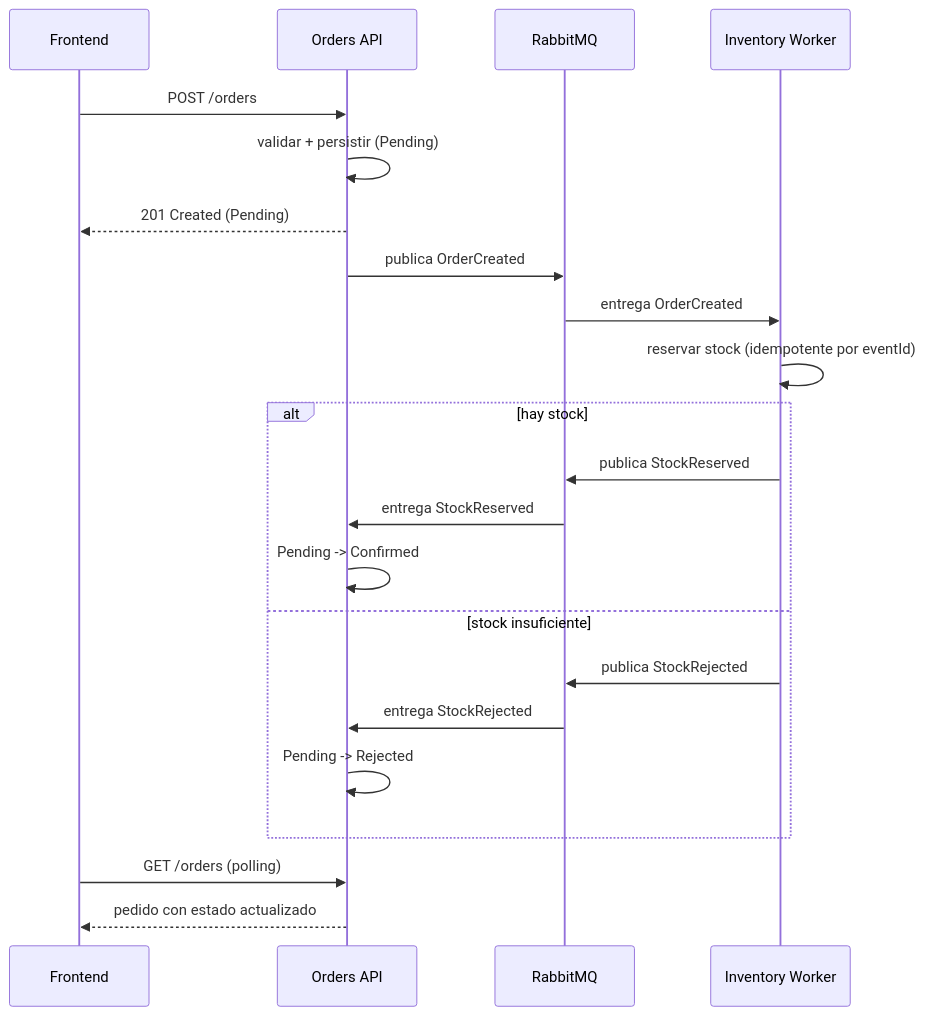
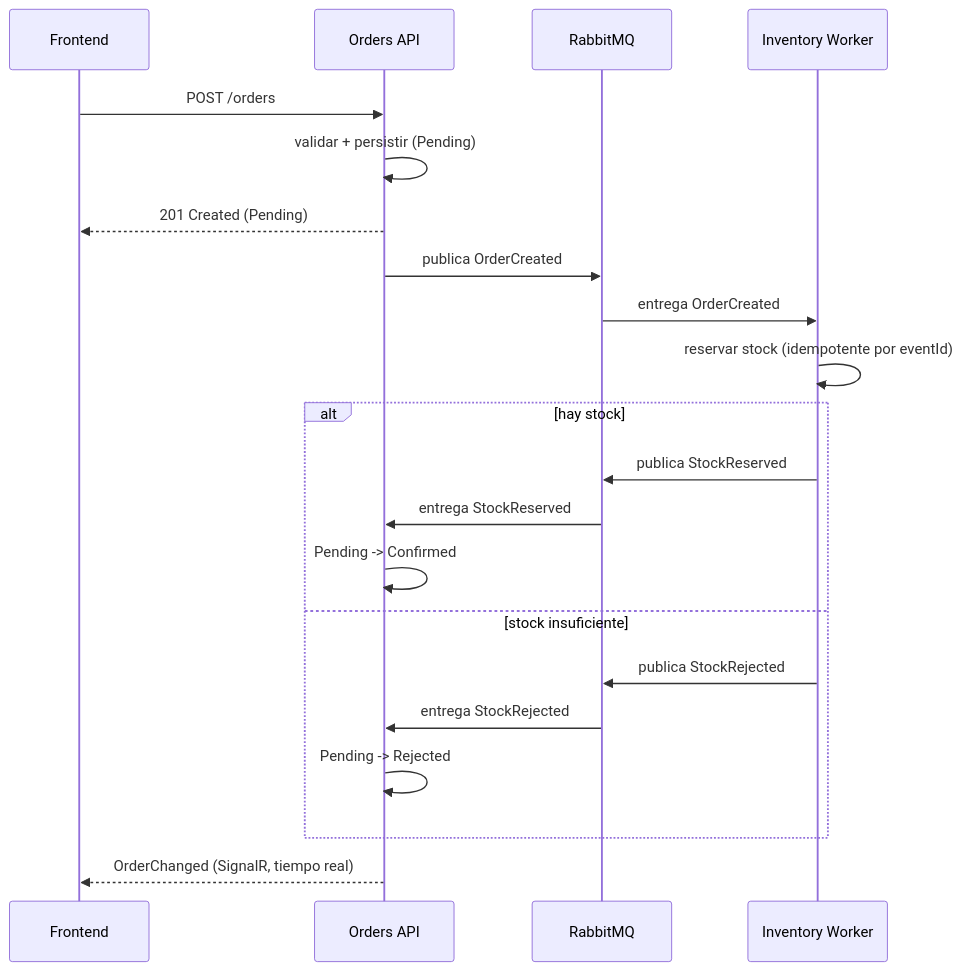
One commit to sanchezlopera96/orderflow changed the diagram in README.md. Above: the diagram before and after it, drawn with Mermaid. The commit also changed other lines of this file and 10 other files, not shown here.

````diff
--- a/README.md
+++ b/README.md
@@ -53,25 +54,24 @@
 ```mermaid
 sequenceDiagram
     participant FE as Frontend
     participant API as Orders API
     participant MQ as RabbitMQ
     participant INV as Inventory Worker
 
     FE->>API: POST /orders
     API->>API: validar + persistir (Pending)
     API-->>FE: 201 Created (Pending)
     API->>MQ: publica OrderCreated
     MQ->>INV: entrega OrderCreated
     INV->>INV: reservar stock (idempotente por eventId)
     alt hay stock
         INV->>MQ: publica StockReserved
         MQ->>API: entrega StockReserved
         API->>API: Pending -> Confirmed
     else stock insuficiente
         INV->>MQ: publica StockRejected
         MQ->>API: entrega StockRejected
         API->>API: Pending -> Rejected
     end
-    FE->>API: GET /orders (polling)
-    API-->>FE: pedido con estado actualizado
+    API-->>FE: OrderChanged (SignalR, tiempo real)
 ```
````
